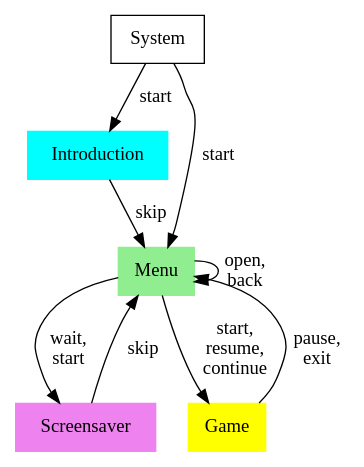
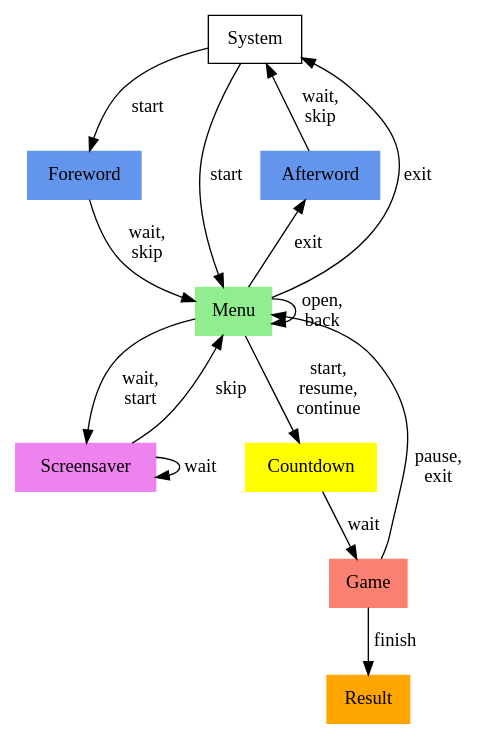
The diagram in documents/workflow/workflow.dot (nirname/points), drawn with Graphviz before and after one commit. The commit also changed 16 other files, not shown here.

```diff
--- a/documents/workflow/workflow.dot
+++ b/documents/workflow/workflow.dot
@@ -1,48 +1,59 @@
 digraph Workflow {
 
 	node[shape = box, style = filled]
 	
 	subgraph System { label = "System"
 		node[fillcolor = white]
 		system[label = "System"]
 	}
 	
 	subgraph Titres {
-		node[color = cyan]
-		introduction[label = "Introduction"]
+		node[color = cornflowerblue]
+		rank = same
+		foreword[label = "Foreword"]
+		afterword[label = "Afterword"]
 	}
 	
 	subgraph Menu {
 		node[color = lightgreen]
 		menu[label = "Menu"]
 	}
 	
-	/*subgraph Pause {
-		node[color = pink]
-		pause[label = "Pause"]
-	}*/
-	
 	subgraph Screensaver {
 		node[color = violet]
 		screensaver[label = "Screensaver"]
 	}
 	
+	subgraph Countdown {
+		node[color = yellow]
+		countdown[label = "Countdown"]
+	}
+	
 	subgraph Gameplay {
-		node[color = yellow]
+		node[color = salmon]
 		game[label = "Game"]
 	}
 	
-	system -> { introduction -> menu [label = "skip"] } [label = "start"]
+	subgraph Information {
+		node [color = orange]
+		result[label = "Result"]
+	}
 	
+	system -> { foreword -> menu [label = "wait,\nskip"] } [label = "start"]
 	menu -> menu[label = "open,\nback"]
 	menu -> screensaver [label = "wait,\nstart"]
 	screensaver -> menu [label = "skip"]
+	screensaver -> screensaver [label = "wait"]
 	
-	menu -> game [label = "start,\nresume,\ncontinue"]
+	menu -> countdown [label = "start,\nresume,\ncontinue"]
+	countdown -> game [label = "wait"]
 	game -> menu [label = "pause,\nexit"]
+	game -> result [label = "finish"]
+	
+	menu -> { afterword -> system [label = "wait,\nskip"] } [label = "exit"]
 	/*game -> pause [label = "pause"]
 	pause -> menu [label = "exit"]
 	pause -> game [label = "resume"]*/
 	//{ menu game } -> system [label = "quit"]
 
 }
```
